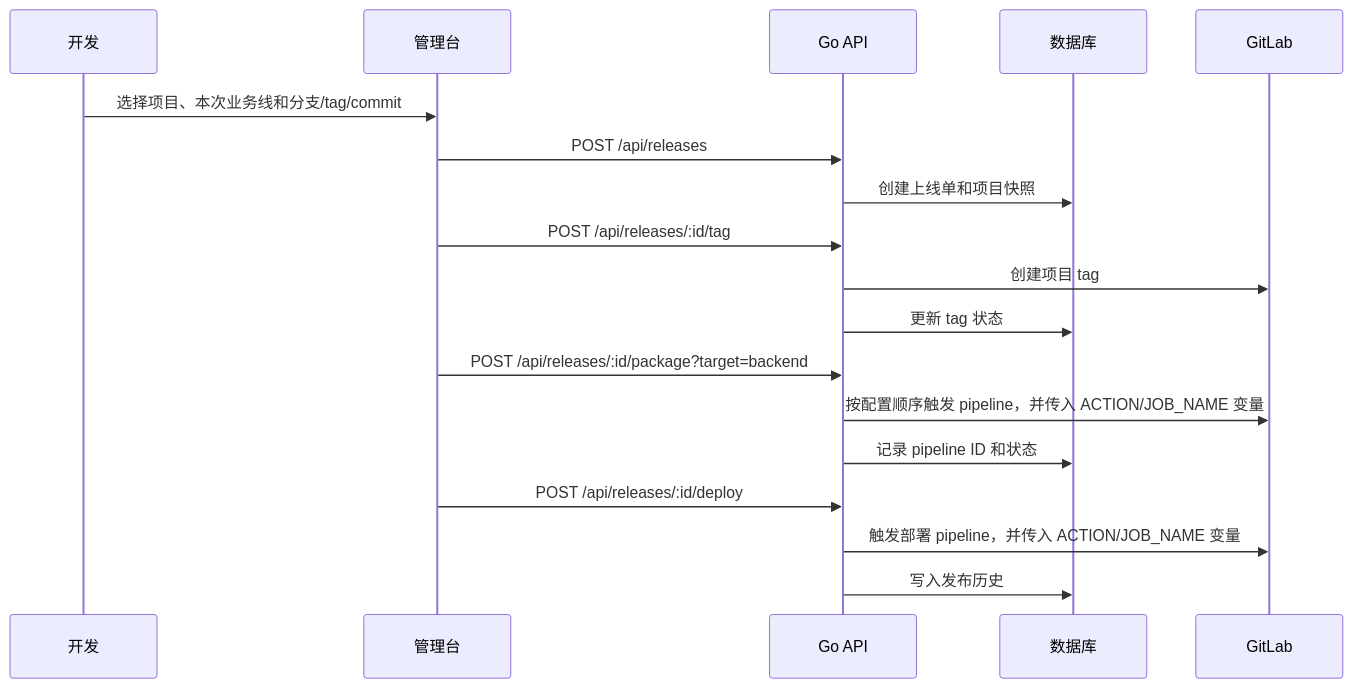
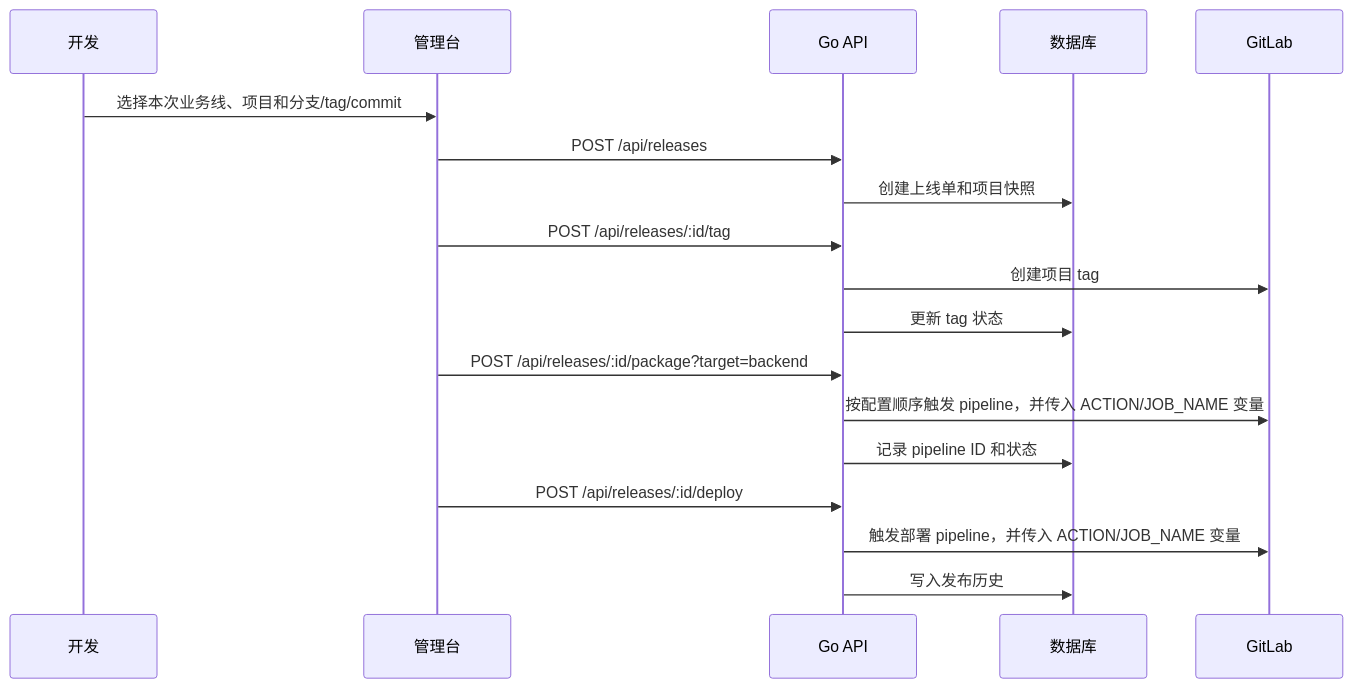
One commit to jktest709-arch/delivery-platform changed the second of 2 diagrams in docs/architecture.md. Above: the diagram before and after it, drawn with Mermaid. The commit also changed other lines of this file and 9 other files, not shown here.

````diff
--- a/docs/architecture.md
+++ b/docs/architecture.md
@@ -37,21 +37,21 @@
 ```mermaid
 sequenceDiagram
   participant Dev as 开发
   participant Web as 管理台
   participant API as Go API
   participant DB as 数据库
   participant GL as GitLab
 
-  Dev->>Web: 选择项目、本次业务线和分支/tag/commit
+  Dev->>Web: 选择本次业务线、项目和分支/tag/commit
   Web->>API: POST /api/releases
   API->>DB: 创建上线单和项目快照
   Web->>API: POST /api/releases/:id/tag
   API->>GL: 创建项目 tag
   API->>DB: 更新 tag 状态
   Web->>API: POST /api/releases/:id/package?target=backend
   API->>GL: 按配置顺序触发 pipeline，并传入 ACTION/JOB_NAME 变量
   API->>DB: 记录 pipeline ID 和状态
   Web->>API: POST /api/releases/:id/deploy
   API->>GL: 触发部署 pipeline，并传入 ACTION/JOB_NAME 变量
   API->>DB: 写入发布历史
 ```
````
